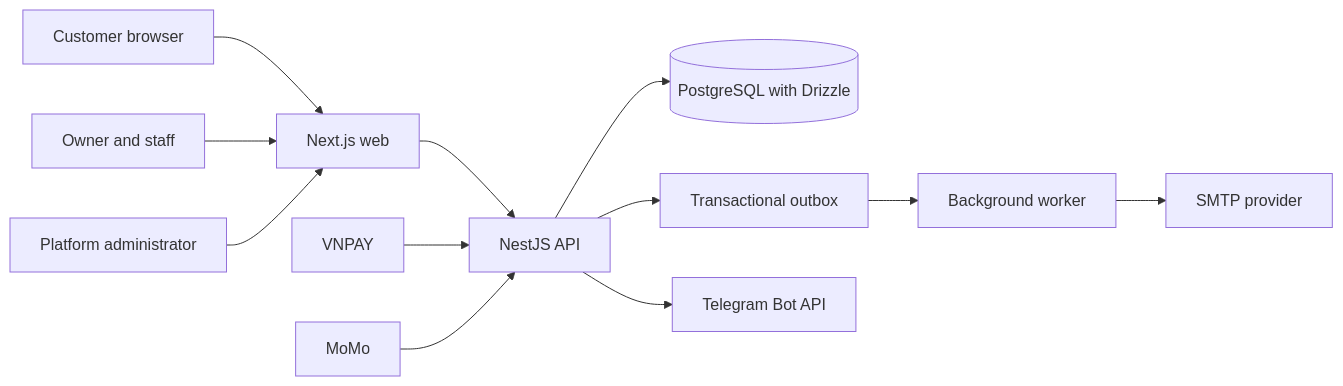
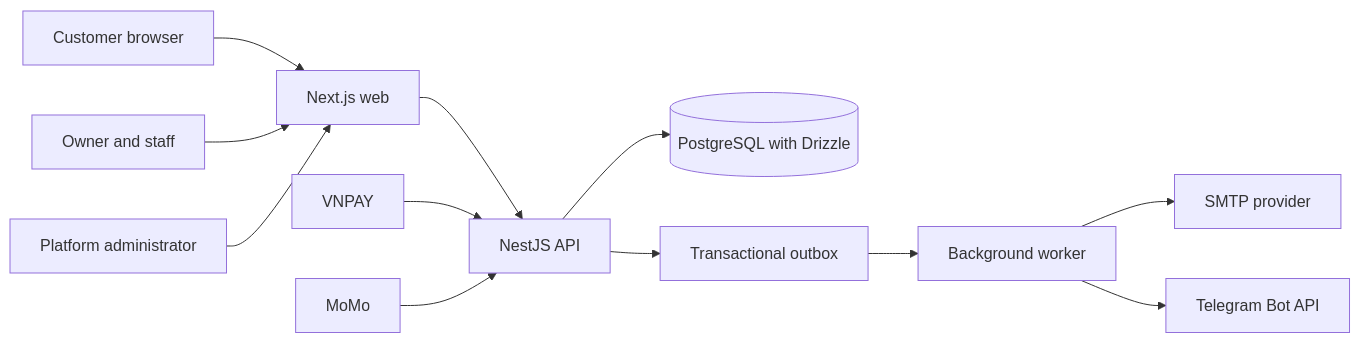
One commit to phathocit/sbc changed the diagram in README.md. Above: the diagram before and after it, drawn with Mermaid. The commit also changed other lines of this file and 53 other files, not shown here.

````diff
--- a/README.md
+++ b/README.md
@@ -19,14 +19,14 @@
 ```mermaid
 flowchart LR
   Guest[Customer browser] --> Web[Next.js web]
   Owner[Owner and staff] --> Web
   Admin[Platform administrator] --> Web
   Web --> API[NestJS API]
   API --> DB[(PostgreSQL with Drizzle)]
   API --> Outbox[Transactional outbox]
   Outbox --> Worker[Background worker]
   Worker --> SMTP[SMTP provider]
   VNPAY[VNPAY] --> API
   MoMo[MoMo] --> API
-  API --> Telegram[Telegram Bot API]
+  Worker --> Telegram[Telegram Bot API]
 ```
````
